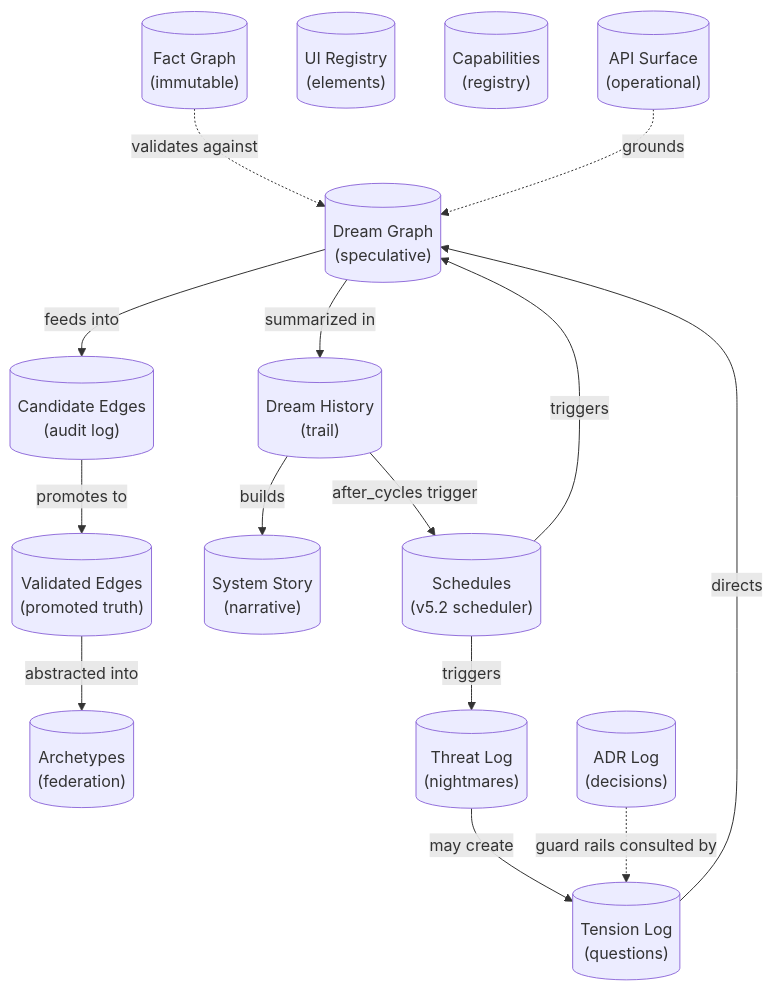
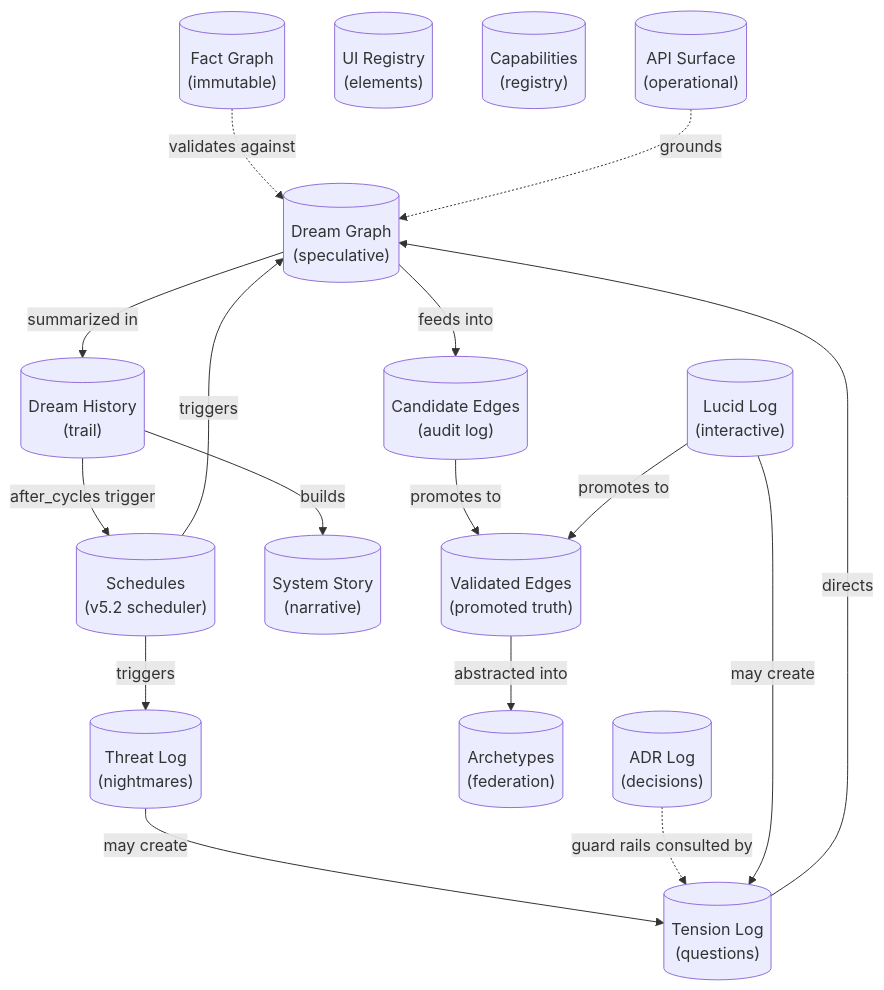
Before and after one commit to mmethodz/dreamgraph: the diagram in docs/data-model.md, drawn with Mermaid. The commit also changed other lines of this file and 46 other files, not shown here.

Commit message:
feature: Architecture - VSCode Extension

````diff
--- a/docs/data-model.md
+++ b/docs/data-model.md
@@ -9,31 +9,34 @@
 ```mermaid
 graph TB
     FG[("Fact Graph<br/>(immutable)")]
     DG[("Dream Graph<br/>(speculative)")]
     CE[("Candidate Edges<br/>(audit log)")]
     VE[("Validated Edges<br/>(promoted truth)")]
     TL[("Tension Log<br/>(questions)")]
     DH[("Dream History<br/>(trail)")]
     TH[("Threat Log<br/>(nightmares)")]
     AR[("Archetypes<br/>(federation)")]
     ADR[("ADR Log<br/>(decisions)")]
     UI[("UI Registry<br/>(elements)")]
     ST[("System Story<br/>(narrative)")]
     CAP[("Capabilities<br/>(registry)")]
     SCH[("Schedules<br/>(v5.2 scheduler)")]
+    LL[("Lucid Log<br/>(interactive)")]
     API[("API Surface<br/>(operational)")]
 
     FG -.->|validates against| DG
     DG -->|feeds into| CE
     CE -->|promotes to| VE
     VE -->|abstracted into| AR
     DG -->|summarized in| DH
     DH -->|builds| ST
     TL -->|directs| DG
     TH -->|may create| TL
     ADR -.->|guard rails consulted by| TL
     SCH -->|triggers| DG
     SCH -->|triggers| TH
     DH -->|after_cycles trigger| SCH
+    LL -->|promotes to| VE
+    LL -->|may create| TL
     API -.->|grounds| DG
 ```
````
